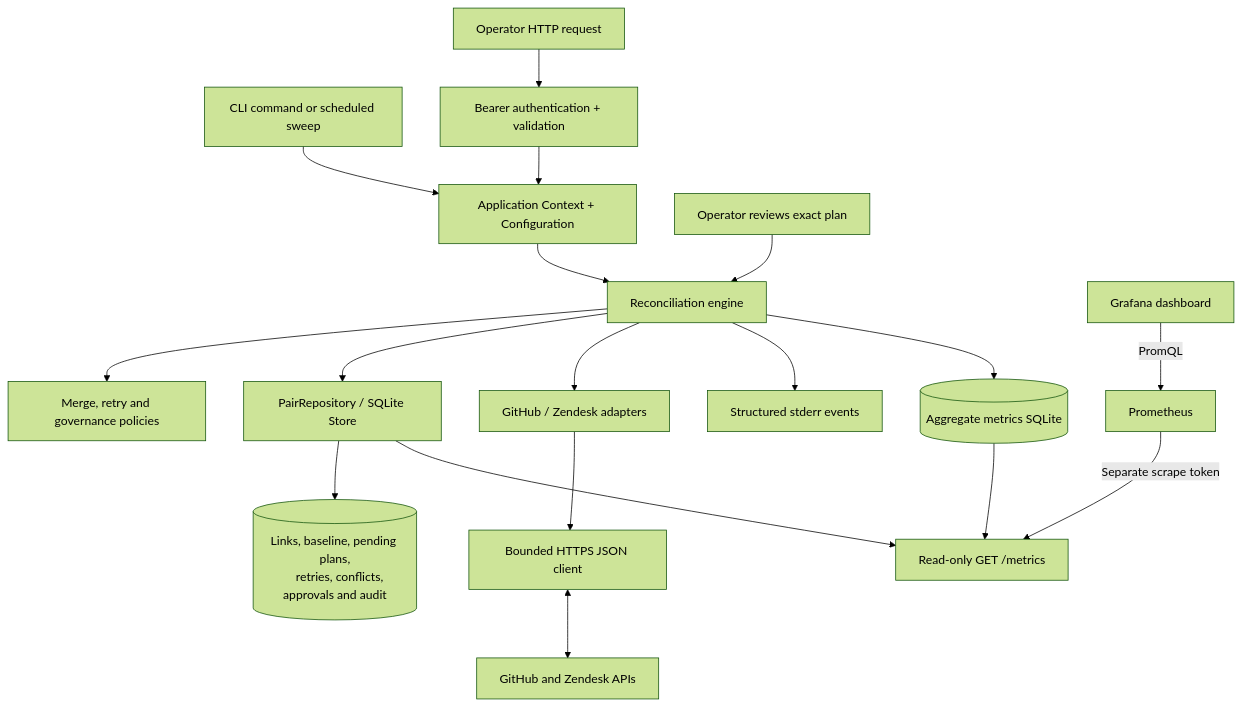
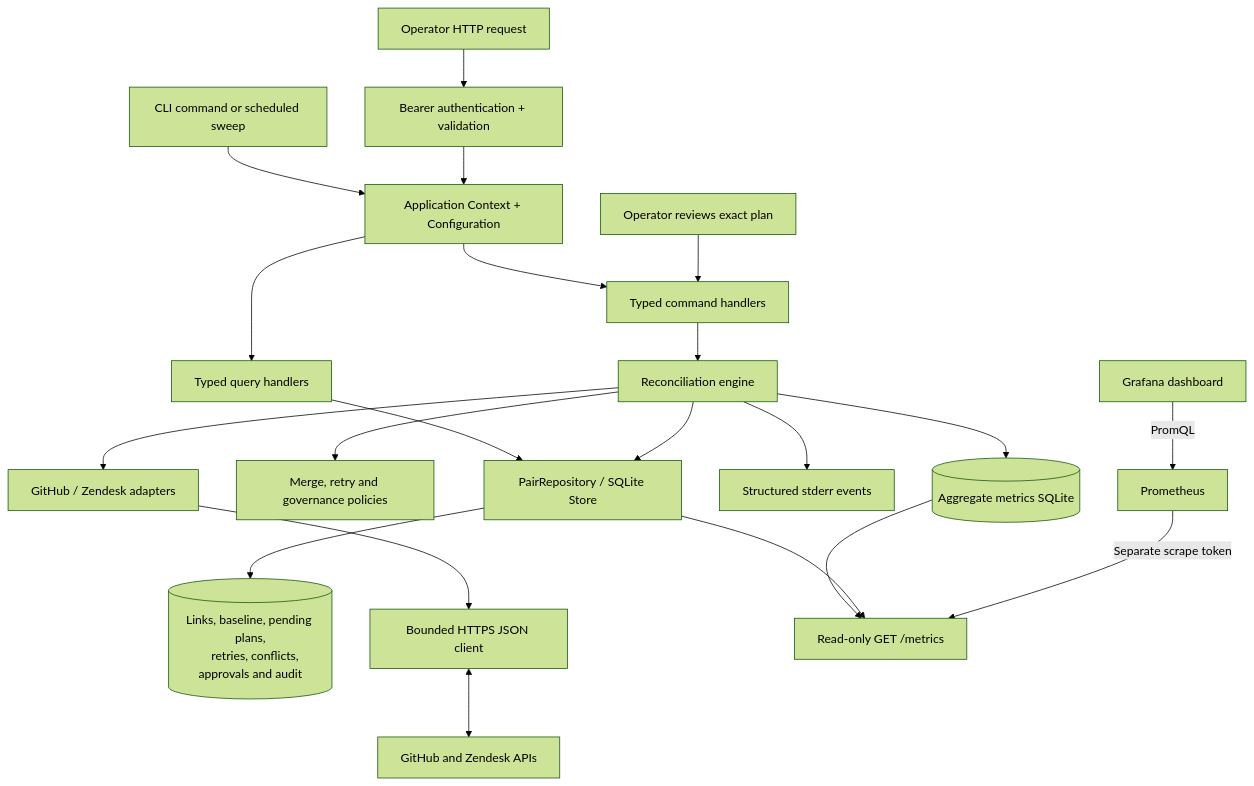
One commit to AlbertFlorescu/support-bridge changed the diagram in docs/ARCHITECTURE.md. Above: the diagram before and after it, drawn with Mermaid (forest theme). The commit also changed other lines of this file and 119 other files, not shown here.

````diff
--- a/docs/ARCHITECTURE.md
+++ b/docs/ARCHITECTURE.md
@@ -17,21 +17,24 @@
 ```mermaid
 flowchart TD
     CLI[CLI command or scheduled sweep] --> Context[Application Context + Configuration]
     Operator[Operator HTTP request] --> Auth[Bearer authentication + validation]
     Auth --> Context
-    Context --> Engine[Reconciliation engine]
+    Context --> Commands[Typed command handlers]
+    Context --> Queries[Typed query handlers]
+    Commands --> Engine[Reconciliation engine]
+    Queries --> Store[PairRepository / SQLite Store]
     Engine --> Policies[Merge, retry and governance policies]
-    Reviewer[Operator reviews exact plan] --> Engine
-    Engine --> Store[PairRepository / SQLite Store]
+    Reviewer[Operator reviews exact plan] --> Commands
+    Engine --> Store
     Store --> DB[(Links, baseline, pending plans,
     retries, conflicts, approvals and audit)]
     Engine --> Providers[GitHub / Zendesk adapters]
     Providers --> Transport[Bounded HTTPS JSON client]
     Transport <--> APIs[GitHub and Zendesk APIs]
     Engine --> Logs[Structured stderr events]
     Engine --> MetricsDB[(Aggregate metrics SQLite)]
     MetricsDB --> Exporter[Read-only GET /metrics]
     Store --> Exporter
     Prometheus[Prometheus] -->|Separate scrape token| Exporter
     Grafana[Grafana dashboard] -->|PromQL| Prometheus
 ```
````
